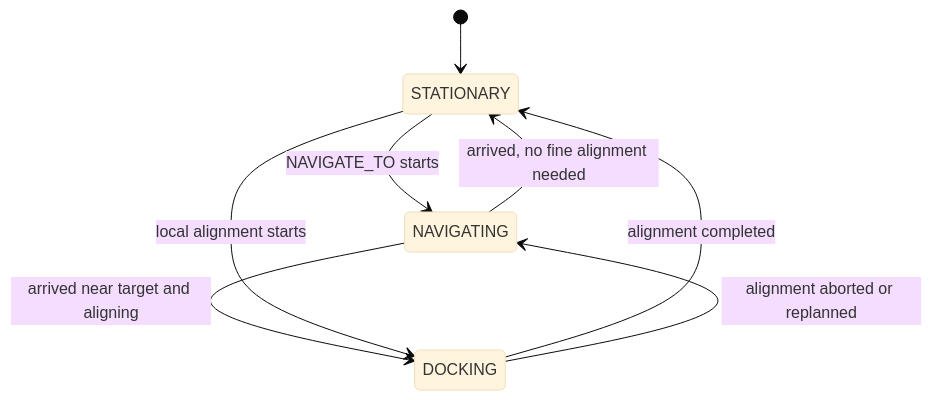
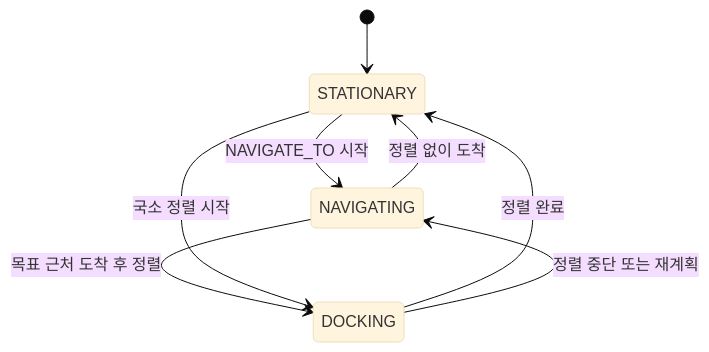
One commit to Ha-An/HumanoidSim changed the second of 4 diagrams in docs/state_reference.md. Above: the diagram before and after it, drawn with Mermaid (base theme). The commit also changed other lines of this file and 2 other files, not shown here.

````diff
--- a/docs/state_reference.md
+++ b/docs/state_reference.md
@@ -228,10 +237,10 @@
 ```mermaid
 stateDiagram-v2
     [*] --> STATIONARY
-    STATIONARY --> NAVIGATING: NAVIGATE_TO starts
-    NAVIGATING --> DOCKING: arrived near target and aligning
-    NAVIGATING --> STATIONARY: arrived, no fine alignment needed
-    DOCKING --> STATIONARY: alignment completed
-    STATIONARY --> DOCKING: local alignment starts
-    DOCKING --> NAVIGATING: alignment aborted or replanned
+    STATIONARY --> NAVIGATING: NAVIGATE_TO 시작
+    NAVIGATING --> DOCKING: 목표 근처 도착 후 정렬
+    NAVIGATING --> STATIONARY: 정렬 없이 도착
+    DOCKING --> STATIONARY: 정렬 완료
+    STATIONARY --> DOCKING: 국소 정렬 시작
+    DOCKING --> NAVIGATING: 정렬 중단 또는 재계획
 ```
````
